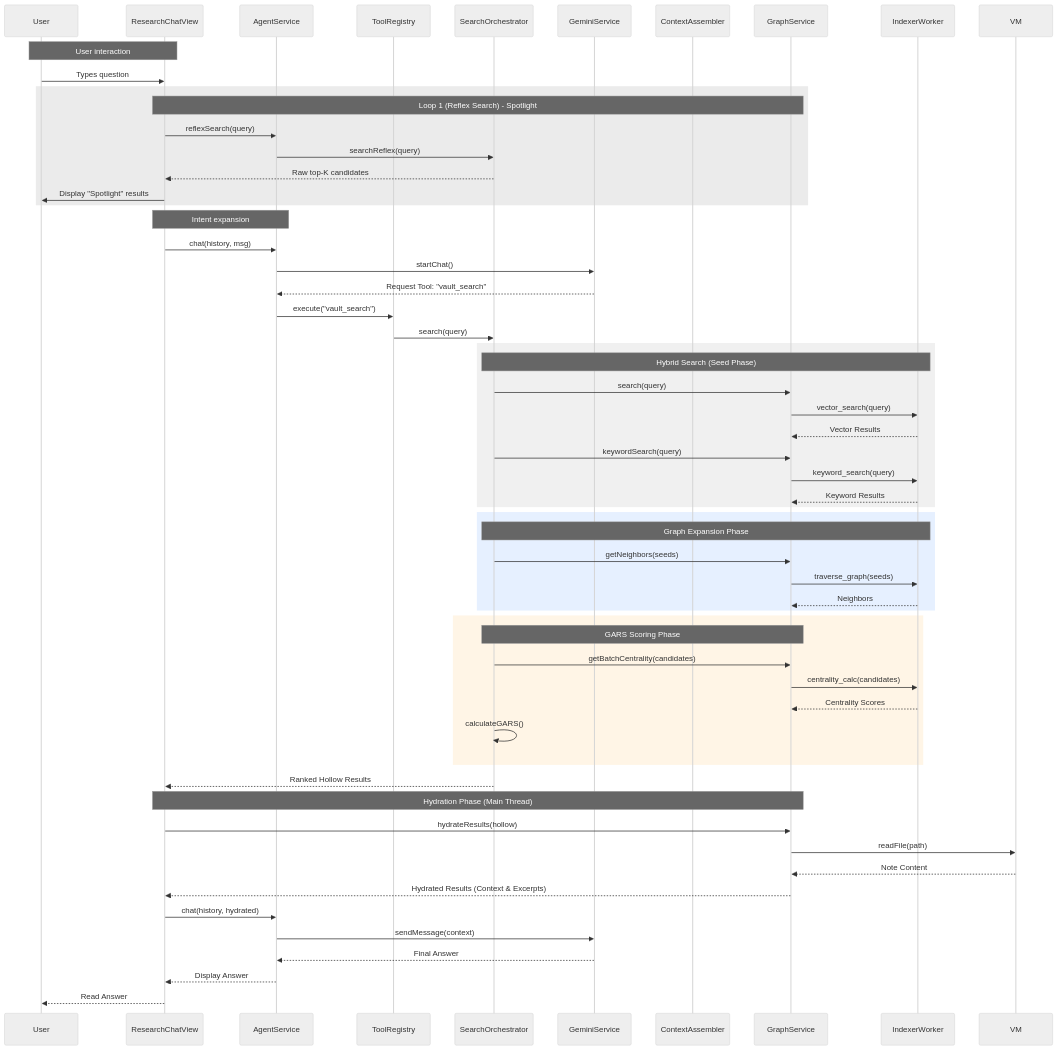
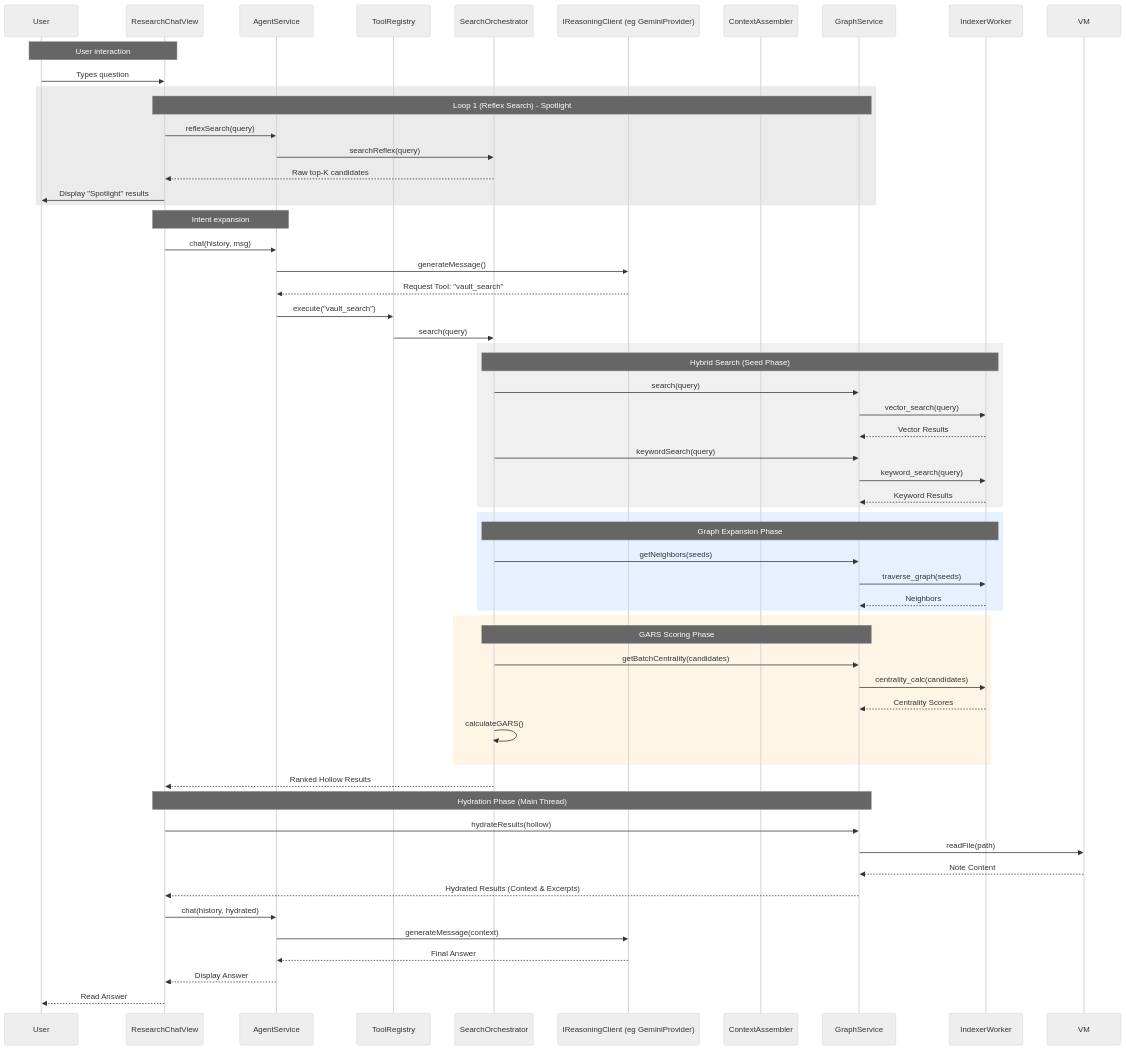
Before and after one commit to cybaea/obsidian-vault-intelligence: the third of 8 diagrams in devs/ARCHITECTURE.md, drawn with Mermaid (neutral theme). The commit also changed other lines of this file and 2 other files, not shown here.

Commit message:
feat: Introduce a provider-agnostic abstraction layer for AI services using new `IReasoningClient`, `IEmbeddingClient`, and `IModelProvider` interfaces.

````diff
--- a/devs/ARCHITECTURE.md
+++ b/devs/ARCHITECTURE.md
@@ -141,68 +141,68 @@
 ```mermaid
 sequenceDiagram
     participant U as User
     participant V as ResearchChatView
     participant A as AgentService
     participant TR as ToolRegistry
     participant S as SearchOrchestrator
-    participant G as GeminiService
+    participant RC as IReasoningClient (eg GeminiProvider)
     participant CA as ContextAssembler
     participant GS as GraphService
     participant IW as IndexerWorker
 
     Note over U,V: User interaction
     U->>V: Types question
     
     rect rgb(235, 235, 235)
     Note over V,GS: Loop 1 (Reflex Search) - Spotlight
     V->>A: reflexSearch(query)
     A->>S: searchReflex(query)
     S-->>V: Raw top-K candidates
     V->>U: Display "Spotlight" results
     end
 
     Note over V,A: Intent expansion
     V->>A: chat(history, msg)
-    A->>G: startChat()
-    G-->>A: Request Tool: "vault_search"
+    A->>RC: generateMessage()
+    RC-->>A: Request Tool: "vault_search"
     A->>TR: execute("vault_search")
     TR->>S: search(query)
 
     rect rgb(240, 240, 240)
     Note over S,IW: Hybrid Search (Seed Phase)
     S->>GS: search(query)
     GS->>IW: vector_search(query)
     IW-->>GS: Vector Results
     S->>GS: keywordSearch(query)
     GS->>IW: keyword_search(query)
     IW-->>GS: Keyword Results
     end
 
     rect rgb(230, 240, 255)
     Note over S,IW: Graph Expansion Phase
     S->>GS: getNeighbors(seeds)
     GS->>IW: traverse_graph(seeds)
     IW-->>GS: Neighbors
     end
  
     rect rgb(255, 245, 230)
     Note over S,GS: GARS Scoring Phase
     S->>GS: getBatchCentrality(candidates)
     GS->>IW: centrality_calc(candidates)
     IW-->>GS: Centrality Scores
     S->>S: calculateGARS()
     end
  
     S-->>V: Ranked Hollow Results
     Note over V,GS: Hydration Phase (Main Thread)
     V->>GS: hydrateResults(hollow)
     GS->>VM: readFile(path)
     VM-->>GS: Note Content
     GS-->>V: Hydrated Results (Context & Excerpts)
     
     V->>A: chat(history, hydrated)
-    A->>G: sendMessage(context)
-    G-->>A: Final Answer
+    A->>RC: generateMessage(context)
+    RC-->>A: Final Answer
     A-->>V: Display Answer
     V-->>U: Read Answer
 ```
````
